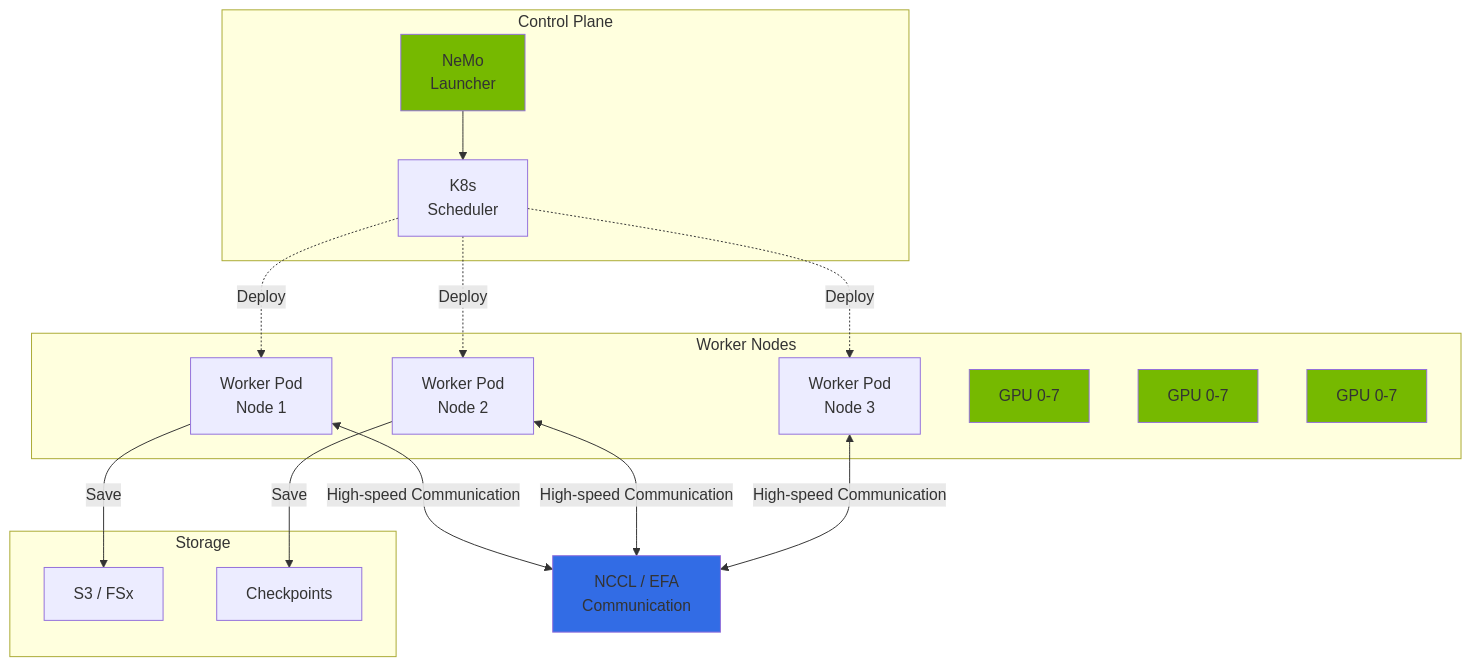
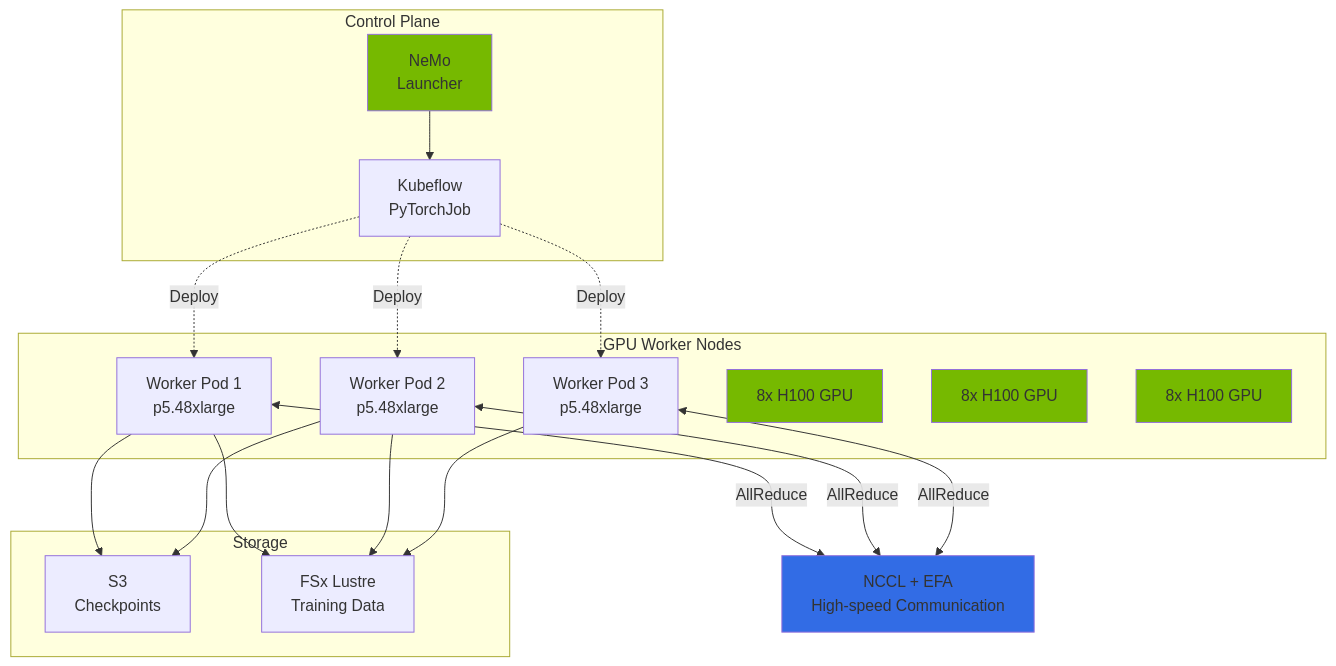
The second of 6 diagrams in i18n/en/docusaurus-plugin-content-docs/current/agentic-ai-platform/model-serving/nemo-framework.md (devfloor9/engineering-playbook), drawn with Mermaid before and after one commit. The commit also changed other lines of this file and 95 other files, not shown here.

````diff
--- a/i18n/en/docusaurus-plugin-content-docs/current/agentic-ai-platform/model-serving/nemo-framework.md
+++ b/i18n/en/docusaurus-plugin-content-docs/current/agentic-ai-platform/model-serving/nemo-framework.md
@@ -60,41 +68,44 @@
 ```mermaid
 flowchart TB
     subgraph Control["Control Plane"]
         Launcher[NeMo<br/>Launcher]
-        Scheduler[K8s<br/>Scheduler]
+        Scheduler[Kubeflow<br/>PyTorchJob]
     end
 
-    subgraph Workers["Worker Nodes"]
-        W1[Worker Pod<br/>Node 1]
-        W2[Worker Pod<br/>Node 2]
-        W3[Worker Pod<br/>Node 3]
-        G1[GPU 0-7]
-        G2[GPU 0-7]
-        G3[GPU 0-7]
+    subgraph Workers["GPU Worker Nodes"]
+        W1[Worker Pod 1<br/>p5.48xlarge]
+        W2[Worker Pod 2<br/>p5.48xlarge]
+        W3[Worker Pod 3<br/>p5.48xlarge]
+        G1[8x H100 GPU]
+        G2[8x H100 GPU]
+        G3[8x H100 GPU]
     end
 
     subgraph Storage["Storage"]
-        S3[S3 / FSx]
-        CP[Checkpoints]
+        S3[S3<br/>Checkpoints]
+        FSx[FSx Lustre<br/>Training Data]
     end
 
-    NCCL[NCCL / EFA<br/>Communication]
+    NCCL[NCCL + EFA<br/>High-speed Communication]
 
     Launcher --> Scheduler
     Scheduler -.->|Deploy| W1
     Scheduler -.->|Deploy| W2
     Scheduler -.->|Deploy| W3
 
-    W1 <-->|High-speed Communication| NCCL
-    W2 <-->|High-speed Communication| NCCL
-    W3 <-->|High-speed Communication| NCCL
+    W1 <-->|AllReduce| NCCL
+    W2 <-->|AllReduce| NCCL
+    W3 <-->|AllReduce| NCCL
 
-    W1 -->|Save| S3
-    W2 -->|Save| CP
+    W1 --> S3
+    W2 --> S3
+    W1 --> FSx
+    W2 --> FSx
+    W3 --> FSx
 
     style Launcher fill:#76b900
     style NCCL fill:#326ce5
     style G1 fill:#76b900
     style G2 fill:#76b900
     style G3 fill:#76b900
 ```
````
